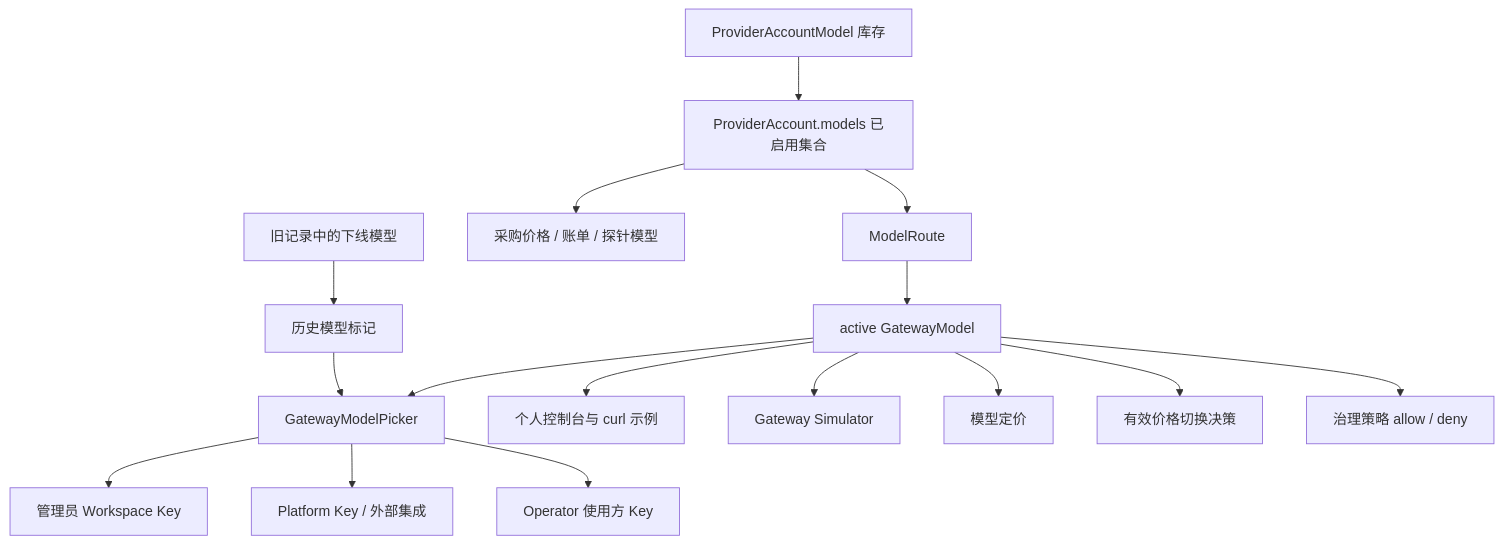
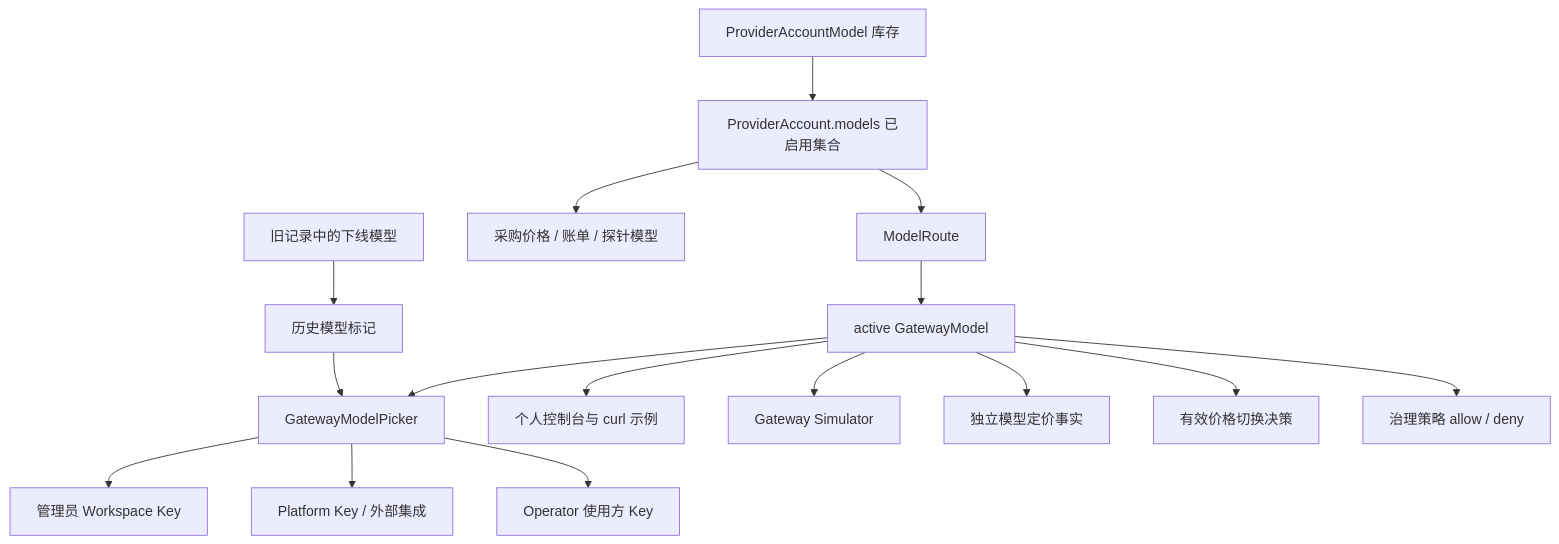
The ninth of 9 diagrams in docs/roadmap/models/README.md (astercloud/asterrouter), drawn with Mermaid before and after one commit. The commit also changed other lines of this file and 79 other files, not shown here.

````diff
--- a/docs/roadmap/models/README.md
+++ b/docs/roadmap/models/README.md
@@ -339,18 +337,18 @@
 ```mermaid
 flowchart TD
     Inventory[ProviderAccountModel 库存] --> Enabled[ProviderAccount.models 已启用集合]
     Enabled --> Route[ModelRoute]
     Route --> Catalog[active GatewayModel]
     Catalog --> Picker[GatewayModelPicker]
     Picker --> AdminKey[管理员 Workspace Key]
     Picker --> PlatformKey[Platform Key / 外部集成]
     Picker --> OperatorKey[Operator 使用方 Key]
     Catalog --> Console[个人控制台与 curl 示例]
     Catalog --> Simulator[Gateway Simulator]
-    Catalog --> Pricing[模型定价]
+    Catalog --> Pricing[独立模型定价事实]
     Catalog --> EffectiveDecision[有效价格切换决策]
     Catalog --> Policy[治理策略 allow / deny]
     Enabled --> Procurement[采购价格 / 账单 / 探针模型]
     Legacy[旧记录中的下线模型] --> Historical[历史模型标记]
     Historical --> Picker
 ```
````
